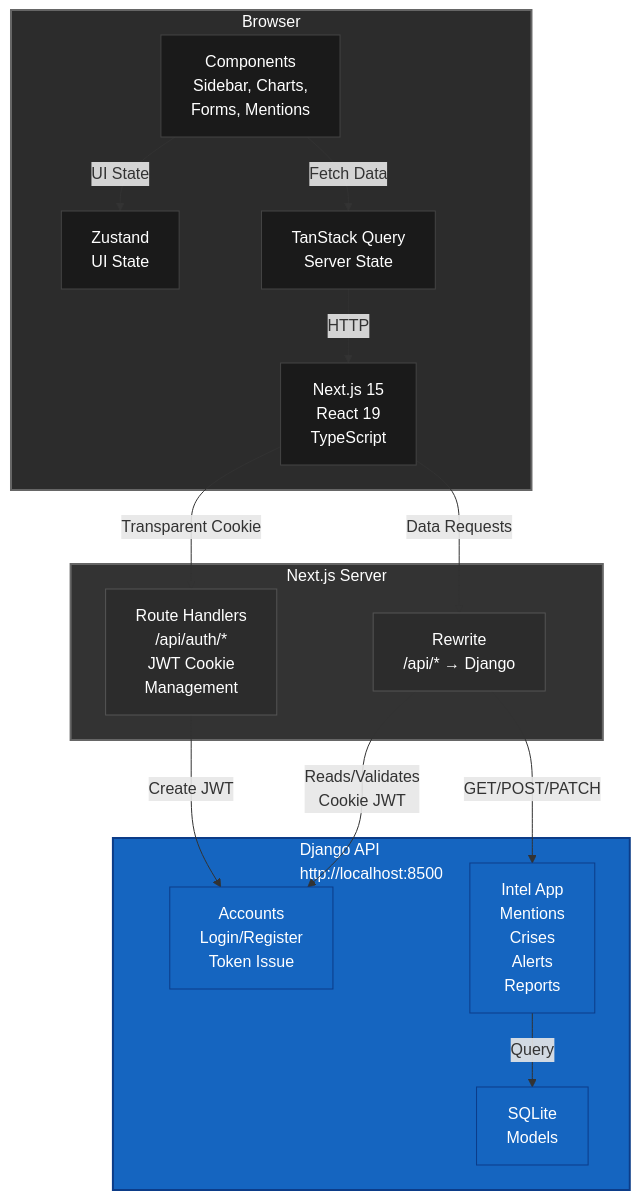
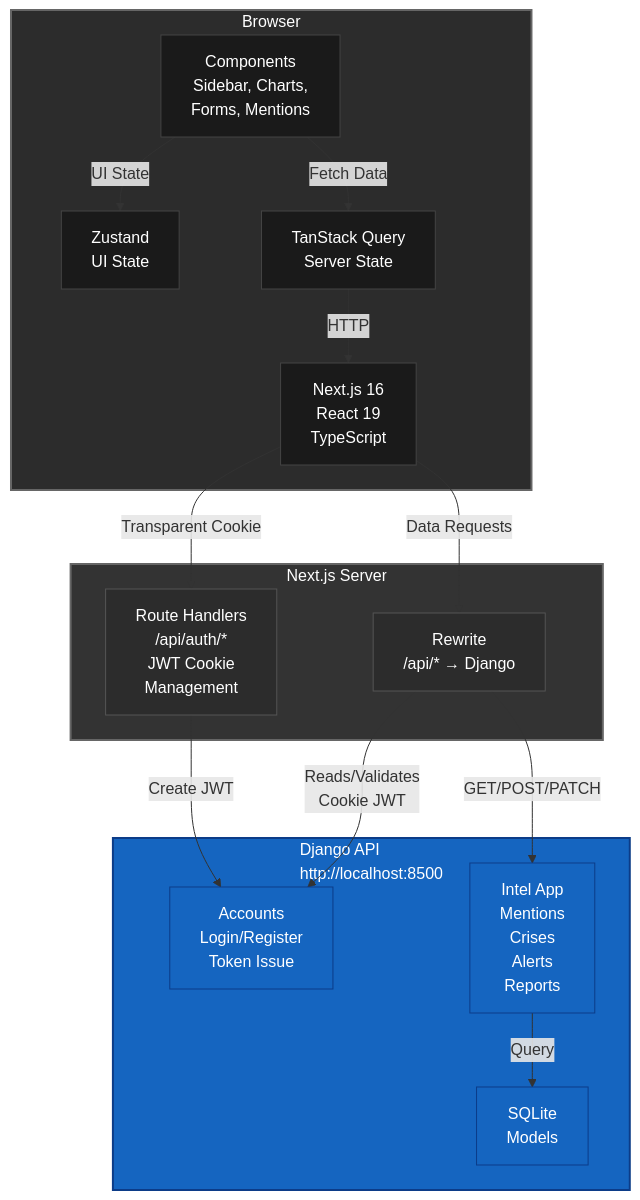
Before and after one commit to kinuthia-mark/Social-intelligence: the first of 3 diagrams in README.md, drawn with Mermaid. The commit also changed other lines of this file and 6 other files, not shown here.

````diff
--- a/README.md
+++ b/README.md
@@ -61,43 +65,43 @@
 ```mermaid
 graph TB
     subgraph CLIENT["Browser"]
-        NEXTJS["Next.js 15<br/>React 19<br/>TypeScript"]
+        NEXTJS["Next.js 16<br/>React 19<br/>TypeScript"]
         COMPS["Components<br/>Sidebar, Charts,<br/>Forms, Mentions"]
         STATE["Zustand<br/>UI State"]
         QUERY["TanStack Query<br/>Server State"]
     end
 
     subgraph NEXTSERVER["Next.js Server"]
         APIAUTH["Route Handlers<br/>/api/auth/*<br/>JWT Cookie<br/>Management"]
         REWRITE["Rewrite<br/>/api/* → Django"]
     end
 
     subgraph DJANGO["Django API<br/>http://localhost:8500"]
         DJAUTH["Accounts<br/>Login/Register<br/>Token Issue"]
         DJINTEL["Intel App<br/>Mentions<br/>Crises<br/>Alerts<br/>Reports"]
         DB["SQLite<br/>Models"]
     end
 
     COMPS -->|UI State| STATE
     COMPS -->|Fetch Data| QUERY
     QUERY -->|HTTP| NEXTJS
     NEXTJS -->|Transparent Cookie| APIAUTH
     NEXTJS -->|Data Requests| REWRITE
     REWRITE -->|Reads/Validates<br/>Cookie JWT| DJAUTH
     REWRITE -->|GET/POST/PATCH| DJINTEL
     DJINTEL -->|Query| DB
     APIAUTH -->|Create JWT| DJAUTH
 
     style CLIENT fill:#2c2c2c,color:#fff,stroke:#666,stroke-width:2px
     style NEXTJS fill:#1a1a1a,color:#fff,stroke:#444
     style COMPS fill:#1a1a1a,color:#fff,stroke:#444
     style STATE fill:#1a1a1a,color:#fff,stroke:#444
     style QUERY fill:#1a1a1a,color:#fff,stroke:#444
     style NEXTSERVER fill:#333,color:#fff,stroke:#666,stroke-width:2px
     style APIAUTH fill:#2c2c2c,color:#fff,stroke:#555
     style REWRITE fill:#2c2c2c,color:#fff,stroke:#555
     style DJANGO fill:#1565c0,color:#fff,stroke:#0c3c88,stroke-width:2px
     style DJAUTH fill:#1565c0,color:#fff,stroke:#0c3c88
     style DJINTEL fill:#1565c0,color:#fff,stroke:#0c3c88
     style DB fill:#1565c0,color:#fff,stroke:#0c3c88
 ```
````
